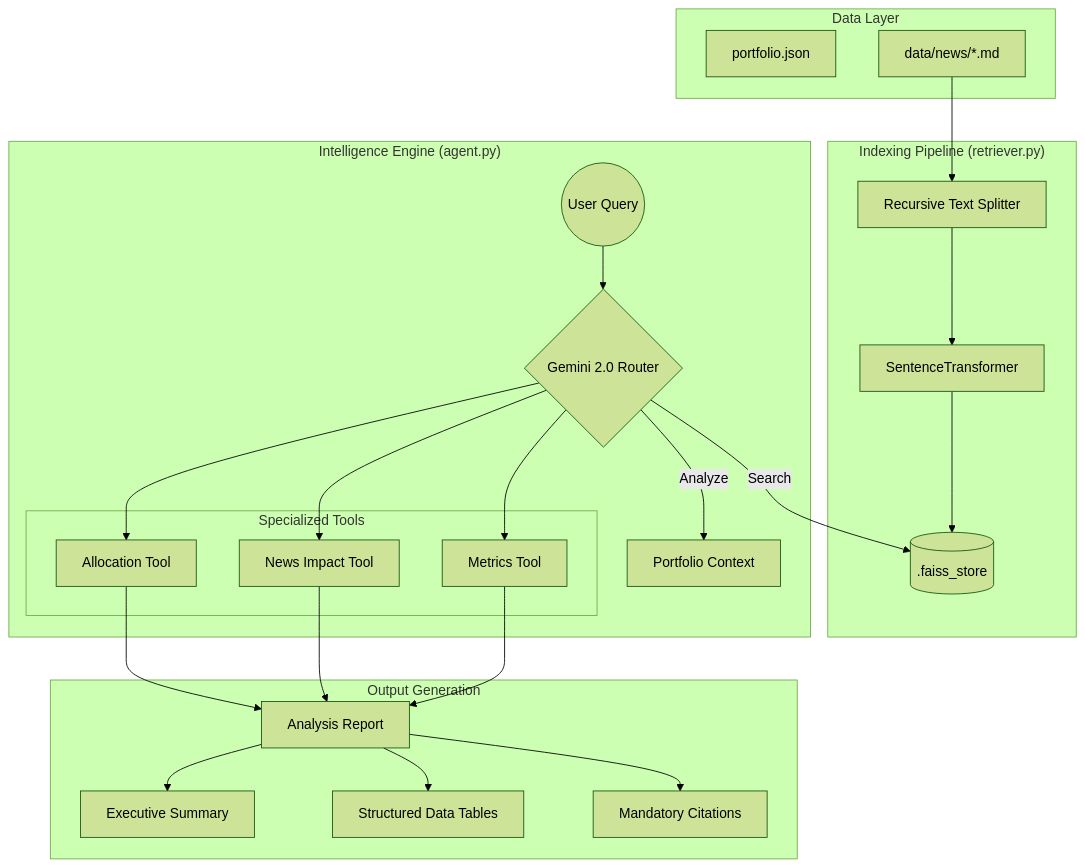
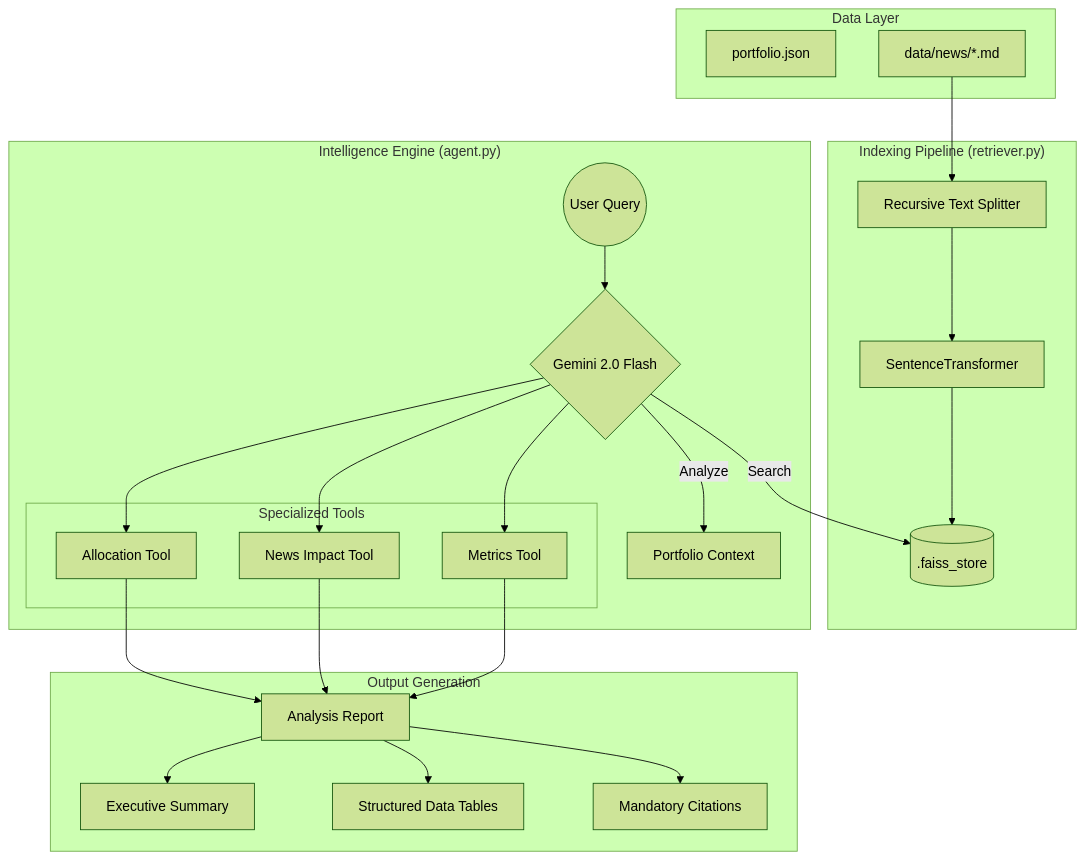
One commit to vinodhan07/portfolio_ask- changed the diagram in README.md. Above: the diagram before and after it, drawn with Mermaid (forest theme). The commit also changed other lines of this file, not shown here.

Commit message:
docs: update model name to Gemini 2.0 Flash and add project structure to README

````diff
--- a/README.md
+++ b/README.md
@@ -15,36 +15,36 @@
 ```mermaid
 graph TD
     subgraph "Data Layer"
         P[portfolio.json]
         N[data/news/*.md]
     end
 
     subgraph "Indexing Pipeline (retriever.py)"
         N --> Chunk[Recursive Text Splitter]
         Chunk --> Embed[SentenceTransformer]
         Embed --> FAISS[(.faiss_store)]
     end
 
     subgraph "Intelligence Engine (agent.py)"
-        CLI((User Query)) --> Router{Gemini 2.0 Router}
+        CLI((User Query)) --> Router{Gemini 2.0 Flash}
         Router --> |Search| FAISS
         Router --> |Analyze| Portfolio[Portfolio Context]
         
         subgraph "Specialized Tools"
             T1[Allocation Tool]
             T2[News Impact Tool]
             T3[Metrics Tool]
         end
         
         Router --> T1
         Router --> T2
         Router --> T3
     end
 
     subgraph "Output Generation"
         T1 & T2 & T3 --> Report[Analysis Report]
         Report --> Prose[Executive Summary]
         Report --> Tables[Structured Data Tables]
         Report --> Sources[Mandatory Citations]
     end
 ```
````
